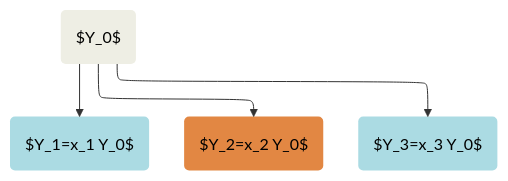
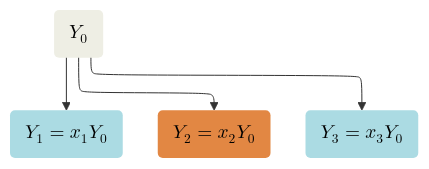
Before and after one commit to simschul/MaxentDisaggregation: the first of 3 diagrams in README.md, drawn with Mermaid.

Commit message:
fixing md syntax for formulas

````diff
--- a/README.md
+++ b/README.md
@@ -32,19 +32,19 @@
 ```mermaid
 flowchart-elk TD
     %% Define node classes
     classDef Aggregate fill:#eeeee4,color:black,stroke:none;
     classDef DisAgg1 fill:#abdbe3,color:black,stroke:none;
     classDef DisAgg2 fill:#e28743,color:black,stroke:none;
     classDef DisAgg3 fill:#abdbe3,color:black,stroke:none;
 
-    agg("$Y_0$"):::Aggregate
-    disagg1("$Y_1=x_1 Y_0$"):::DisAgg1
-    disagg2("$Y_2=x_2 Y_0$"):::DisAgg2
-    disagg3("$Y_3=x_3 Y_0$"):::DisAgg3
+    agg("$$Y_0$$"):::Aggregate
+    disagg1("$$Y_1=x_1 Y_0$$"):::DisAgg1
+    disagg2("$$Y_2=x_2 Y_0$$"):::DisAgg2
+    disagg3("$$Y_3=x_3 Y_0$$"):::DisAgg3
    
 
     %% Define connections
     agg  --> disagg1
     agg  --> disagg2
     agg  --> disagg3
 ```
````
